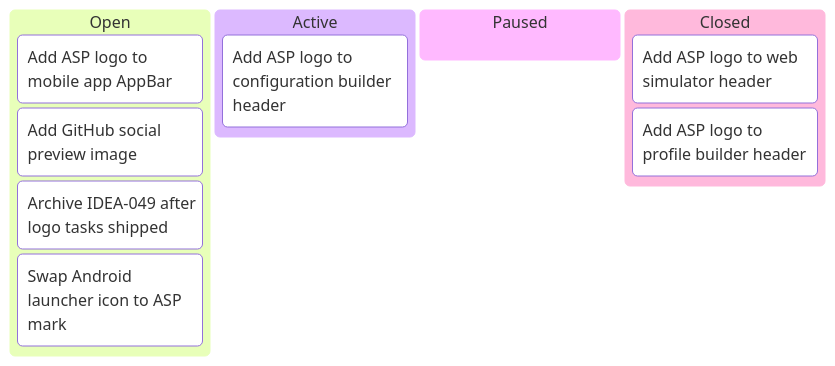
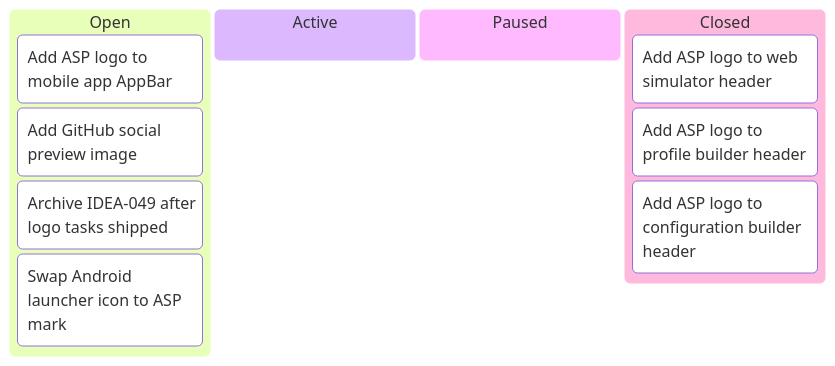
The fifth of 7 diagrams in docs/developers/tasks/KANBAN.md (tgd1975/AwesomeStudioPedal), drawn with Mermaid before and after one commit. The commit also changed other lines of this file and 3 other files, not shown here.

Commit message:
close TASK-341: Add ASP logo to configuration builder header

````diff
--- a/docs/developers/tasks/KANBAN.md
+++ b/docs/developers/tasks/KANBAN.md
@@ -80,14 +80,14 @@
 ```mermaid
 kanban
   Open
     TASK_342["Add ASP logo to mobile app AppBar"]
     TASK_343["Add GitHub social preview image"]
     TASK_344["Archive IDEA-049 after logo tasks shipped"]
     TASK_345["Swap Android launcher icon to ASP mark"]
   Active
-    TASK_341["Add ASP logo to configuration builder header"]
   Paused
   Closed
     TASK_339["Add ASP logo to web simulator header"]
     TASK_340["Add ASP logo to profile builder header"]
+    TASK_341["Add ASP logo to configuration builder header"]
 ```
````
